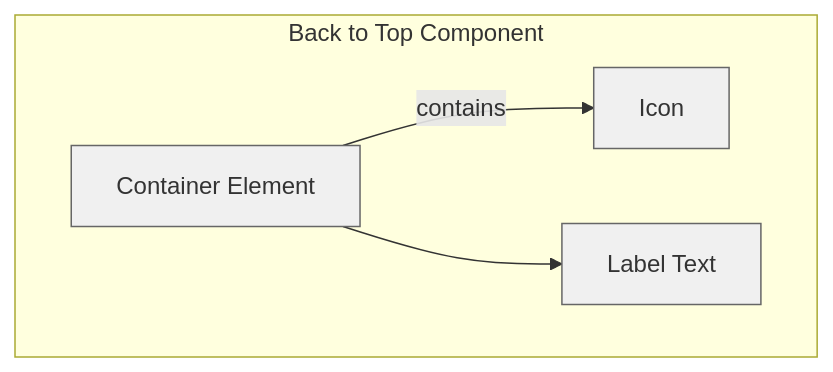
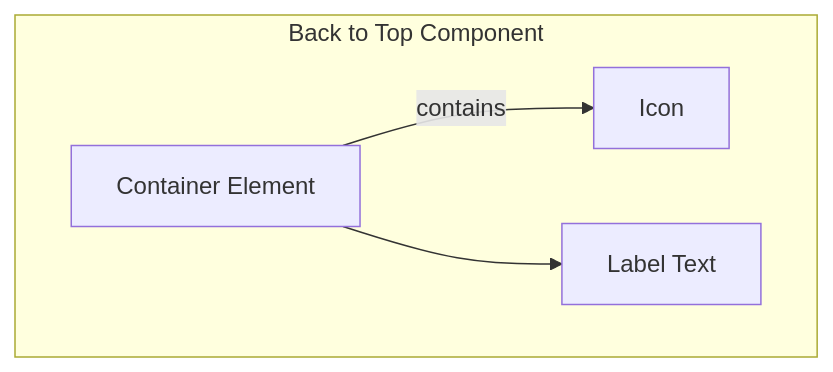
One commit to thedaviddias/ux-patterns-for-developers changed the diagram in content/en/patterns/navigation/back-to-top.mdx. Above: the diagram before and after it, drawn with Mermaid. The commit also changed 11 other files, not shown here.

Commit message:
fix: cleanup and fix mermaid background colours

````diff
--- a/content/en/patterns/navigation/back-to-top.mdx
+++ b/content/en/patterns/navigation/back-to-top.mdx
@@ -48,10 +48,7 @@
 ```mermaid
 flowchart TB
 subgraph BackToTop["Back to Top" Component]
   Container[Container Element] -->|contains| Icon[Icon <optional>]
   Container --> Label[Label Text <optional>]
-  style Container fill:#f0f0f0,stroke:#666,stroke-width:1px
-  style Icon fill:#f0f0f0,stroke:#666,stroke-width:1px
-  style Label fill:#f0f0f0,stroke:#666,stroke-width:1px
 end
 ```
````
